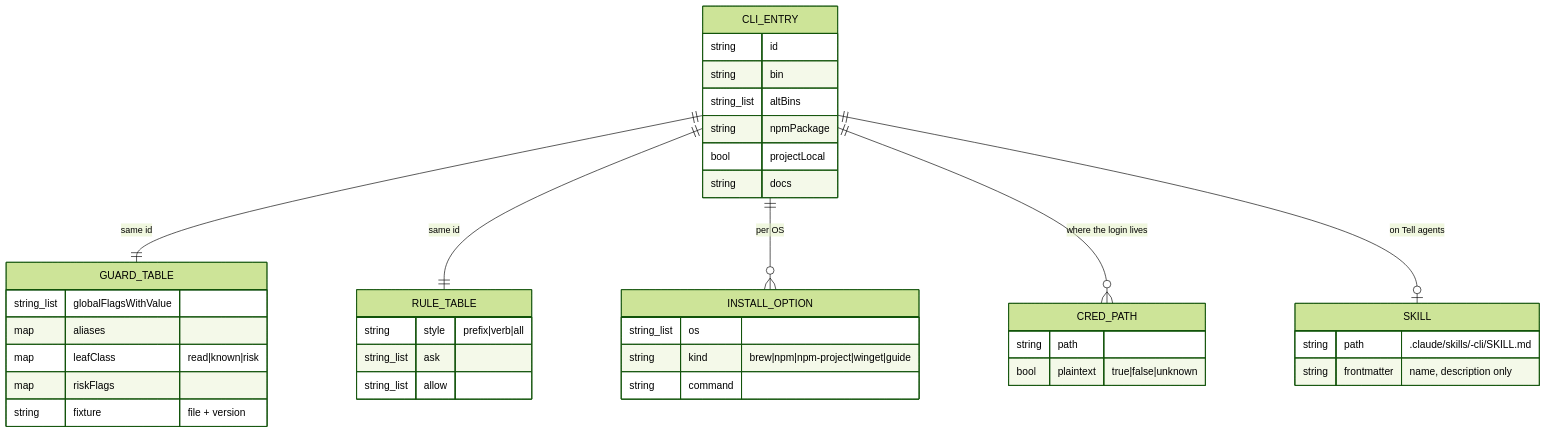
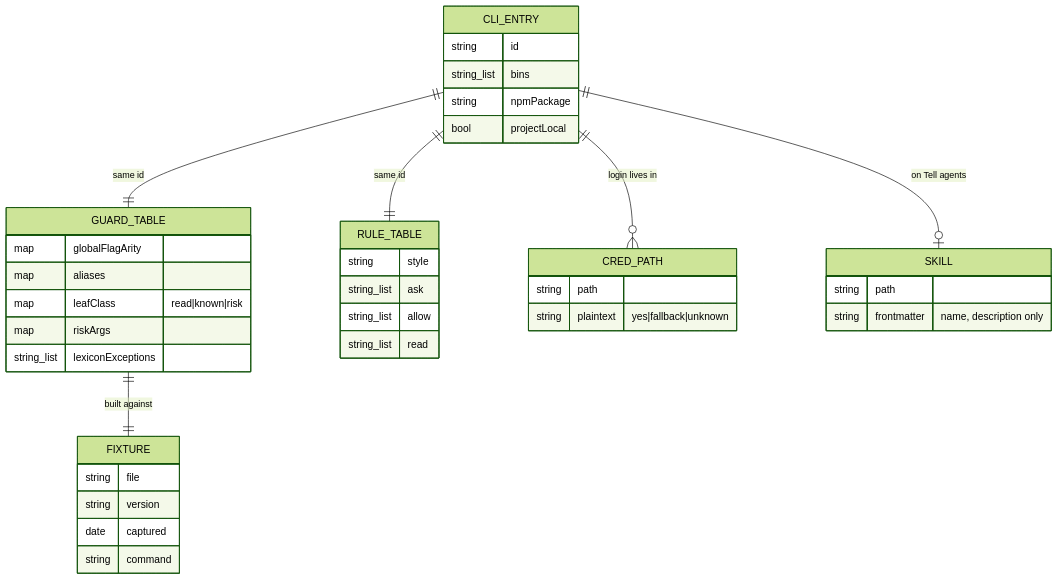
Before and after one commit to alvin-reyes/better-agentic-ide: the second of 3 diagrams in _bmad-output/plan-cli-library-and-mcps.md, drawn with Mermaid (forest theme). The commit also changed other lines of this file, not shown here.

Commit message:
Plan: CLI guard review round 2 (principles check, shell-form hook, disableAllHooks, bounded parser)

````diff
--- a/_bmad-output/plan-cli-library-and-mcps.md
+++ b/_bmad-output/plan-cli-library-and-mcps.md
@@ -361,14 +372,14 @@
 ```mermaid
 erDiagram
   CLI_ENTRY ||--|| GUARD_TABLE : "same id"
   CLI_ENTRY ||--|| RULE_TABLE : "same id"
-  CLI_ENTRY ||--o{ INSTALL_OPTION : "per OS"
-  CLI_ENTRY ||--o{ CRED_PATH : "where the login lives"
+  GUARD_TABLE ||--|| FIXTURE : "built against"
+  CLI_ENTRY ||--o{ CRED_PATH : "login lives in"
   CLI_ENTRY ||--o| SKILL : "on Tell agents"
-  CLI_ENTRY { string id string bin string_list altBins string npmPackage bool projectLocal string docs }
-  GUARD_TABLE { string_list globalFlagsWithValue map aliases map leafClass "read|known|risk" map riskFlags string fixture "file + version" }
-  RULE_TABLE { string style "prefix|verb|all" string_list ask string_list allow }
-  CRED_PATH { string path bool plaintext "true|false|unknown" }
-  INSTALL_OPTION { string_list os string kind "brew|npm|npm-project|winget|guide" string command }
-  SKILL { string path ".claude/skills/<id>-cli/SKILL.md" string frontmatter "name, description only" }
+  CLI_ENTRY { string id string_list bins string npmPackage bool projectLocal }
+  GUARD_TABLE { map globalFlagArity map aliases map leafClass "read|known|risk" map riskArgs string_list lexiconExceptions }
+  FIXTURE { string file string version date captured string command }
+  RULE_TABLE { string style string_list ask string_list allow string_list read }
+  CRED_PATH { string path string plaintext "yes|fallback|unknown" }
+  SKILL { string path string frontmatter "name, description only" }
 ```
````
